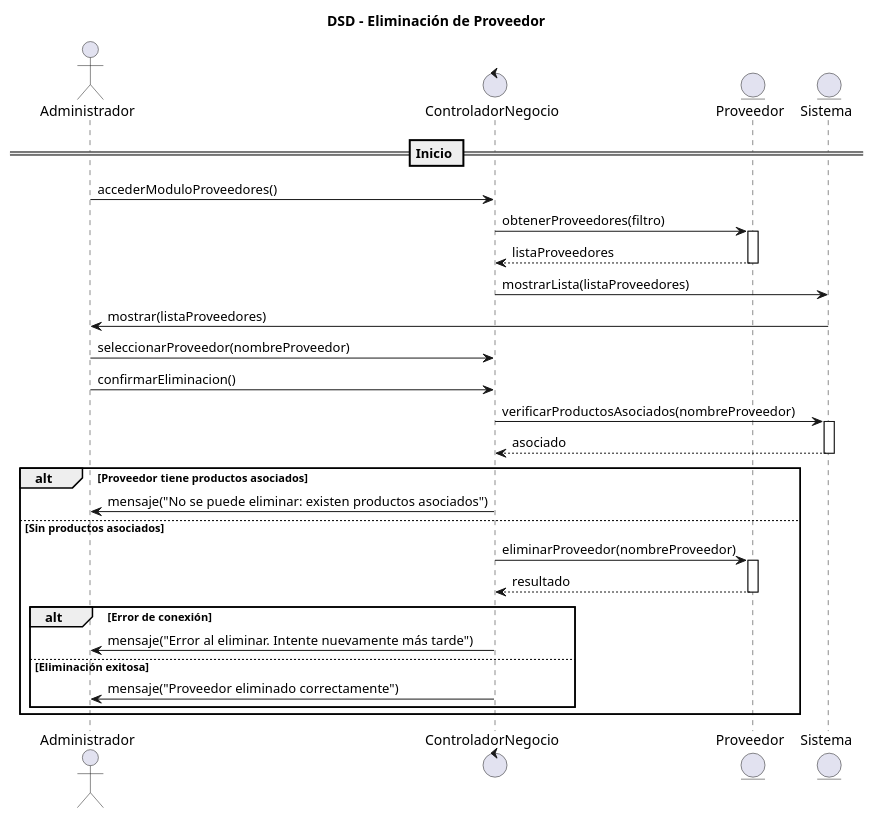
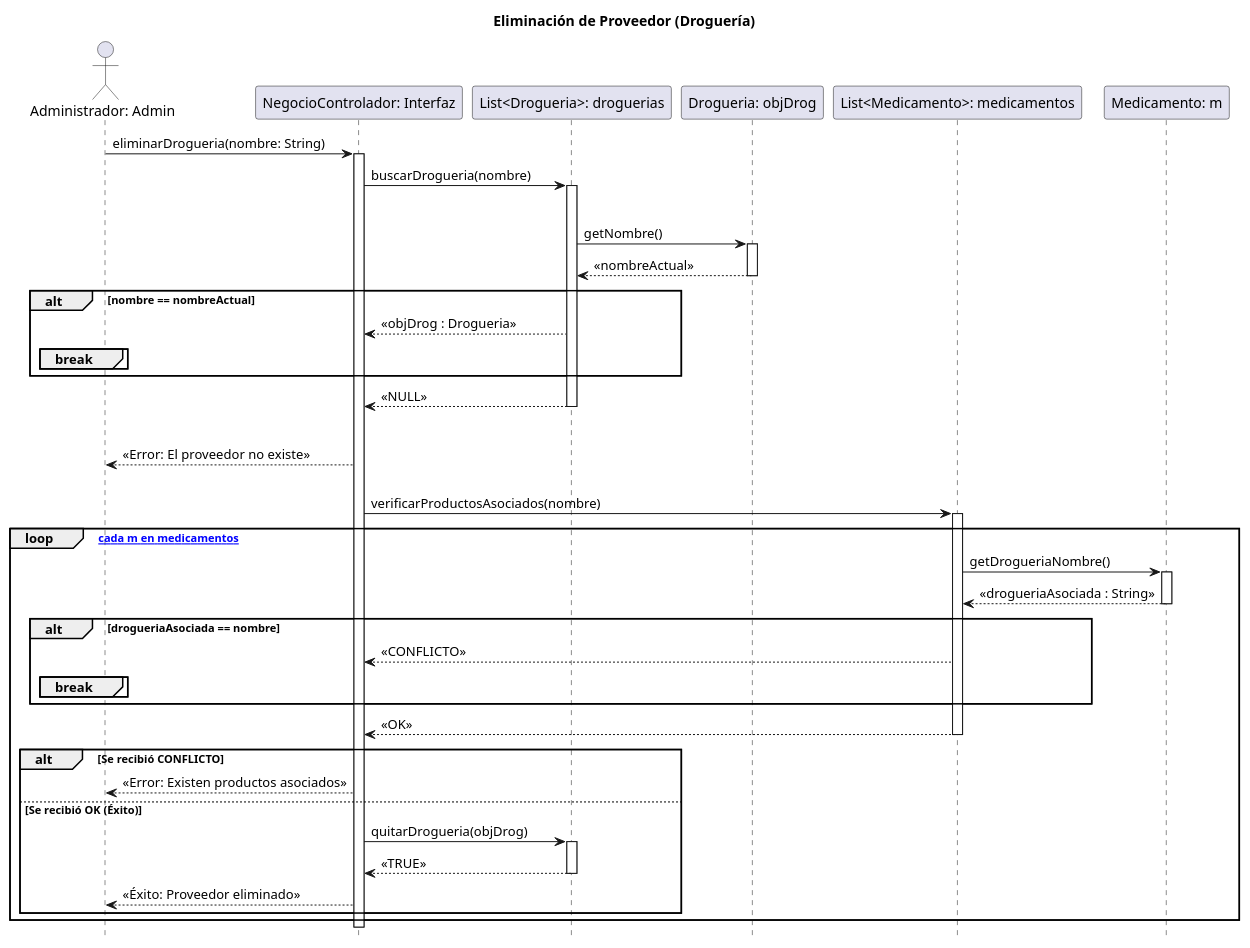
One commit to zEzequR/PF-I changed the diagram in 08 - Diagramas de Secuencia de Diseño/EliminaciondeProveedor/DSD-EliminaciondeProveedor.wsd. Above: the diagram before and after it, drawn with PlantUML. The commit also changed other lines of this file and 1 other file, not shown here.

Commit message:
EliminacionProveedor

```diff
--- a/08 - Diagramas de Secuencia de Diseño/EliminaciondeProveedor/DSD-EliminaciondeProveedor.wsd
+++ b/08 - Diagramas de Secuencia de Diseño/EliminaciondeProveedor/DSD-EliminaciondeProveedor.wsd
@@ -1,46 +1,77 @@
 @startuml
-title DSD - Eliminación de Proveedor
+title Eliminación de Proveedor (Droguería)
 
-actor Administrador
-control ControladorNegocio
-entity Proveedor
-entity Sistema
+hide footbox
 
-== Inicio ==
+actor "Administrador: Admin" as admin
+participant "NegocioControlador: Interfaz" as NegCtrl
+participant "List<Drogueria>: droguerias" as listaDrogs
+participant "Drogueria: objDrog" as drog
+participant "List<Medicamento>: medicamentos" as listaMeds
+participant "Medicamento: m" as med
 
-Administrador -> ControladorNegocio: accederModuloProveedores()
+admin -> NegCtrl : eliminarDrogueria(nombre: String)
+activate NegCtrl
 
-ControladorNegocio -> Proveedor: obtenerProveedores(filtro)
-activate Proveedor
-Proveedor --> ControladorNegocio: listaProveedores
-deactivate Proveedor
+    NegCtrl -> listaDrogs : buscarDrogueria(nombre)
+    activate listaDrogs
+    
+    loop [para cada d en droguerias]
+        listaDrogs -> drog : getNombre()
+        activate drog
+        drog --> listaDrogs : << nombreActual >>
+        deactivate drog
+        
+        alt nombre == nombreActual
+            listaDrogs --> NegCtrl : << objDrog : Drogueria >>
+            break
+        end
+    end
+    
+    listaDrogs --> NegCtrl : << NULL >>
+    deactivate listaDrogs
 
-ControladorNegocio -> Sistema: mostrarLista(listaProveedores)
-Sistema -> Administrador: mostrar(listaProveedores)
 
-Administrador -> ControladorNegocio: seleccionarProveedor(nombreProveedor)
+    alt objDrog == NULL
+        NegCtrl --> admin : << Error: El proveedor no existe >>
+        
+    else proveedor encontrado (EL ELSE PROTECTOR)
+    
 
-Administrador -> ControladorNegocio: confirmarEliminacion()
+        NegCtrl -> listaMeds : verificarProductosAsociados(nombre)
+        activate listaMeds
+        
+        loop [para cada m en medicamentos]
+            listaMeds -> med : getDrogueriaNombre()
+            activate med
+            med --> listaMeds : << drogueriaAsociada : String >>
+            deactivate med
+            
+            alt drogueriaAsociada == nombre
+                listaMeds --> NegCtrl : << CONFLICTO >>
+                break
+            end
+        end
+        
+        listaMeds --> NegCtrl : << OK >>
+        deactivate listaMeds
 
-ControladorNegocio -> Sistema: verificarProductosAsociados(nombreProveedor)
-activate Sistema
-Sistema --> ControladorNegocio: asociado
-deactivate Sistema
 
-alt Proveedor tiene productos asociados
-    ControladorNegocio -> Administrador: mensaje("No se puede eliminar: existen productos asociados")
-else Sin productos asociados
+        alt Se recibió CONFLICTO
+            NegCtrl --> admin : << Error: Existen productos asociados >>
+            
+        else Se recibió OK (Éxito)
+            
+            NegCtrl -> listaDrogs : quitarDrogueria(objDrog)
+            activate listaDrogs
+            listaDrogs --> NegCtrl : << TRUE >>
+            deactivate listaDrogs
+            
+            NegCtrl --> admin : << Éxito: Proveedor eliminado >>
+            
+        end
+        
+    end ' Fin del Else Protector
 
-    ControladorNegocio -> Proveedor: eliminarProveedor(nombreProveedor)
-    activate Proveedor
-    Proveedor --> ControladorNegocio: resultado
-    deactivate Proveedor
-
-    alt Error de conexión
-        ControladorNegocio -> Administrador: mensaje("Error al eliminar. Intente nuevamente más tarde")
-    else Eliminación exitosa
-        ControladorNegocio -> Administrador: mensaje("Proveedor eliminado correctamente")
-    end
-end
-
+deactivate NegCtrl
 @enduml
```
